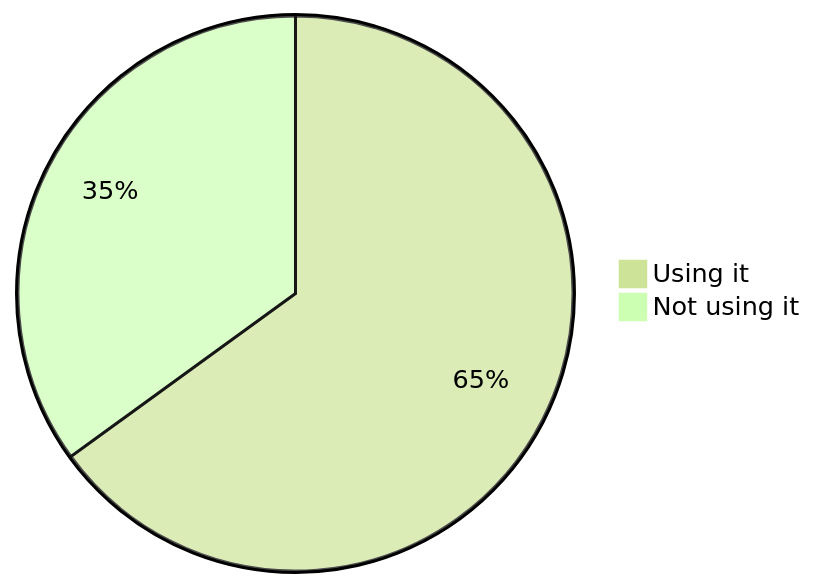
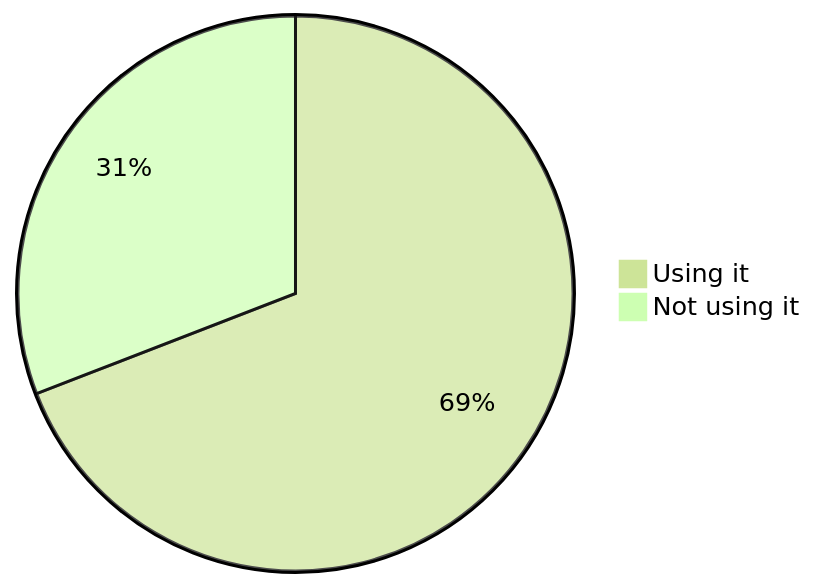
Diagram 11 of 18 in stats.md (oshp/oshp-stats), drawn with Mermaid (forest theme) before and after one commit. The commit also changed other lines of this file and 1 other file, not shown here.

````diff
--- a/stats.md
+++ b/stats.md
@@ -128,6 +128,6 @@
 ```mermaid
 pie
-	"Using it" : 65.01
-	"Not using it" : 34.99
+	"Using it" : 69.13
+	"Not using it" : 30.87
 
 ```
````
